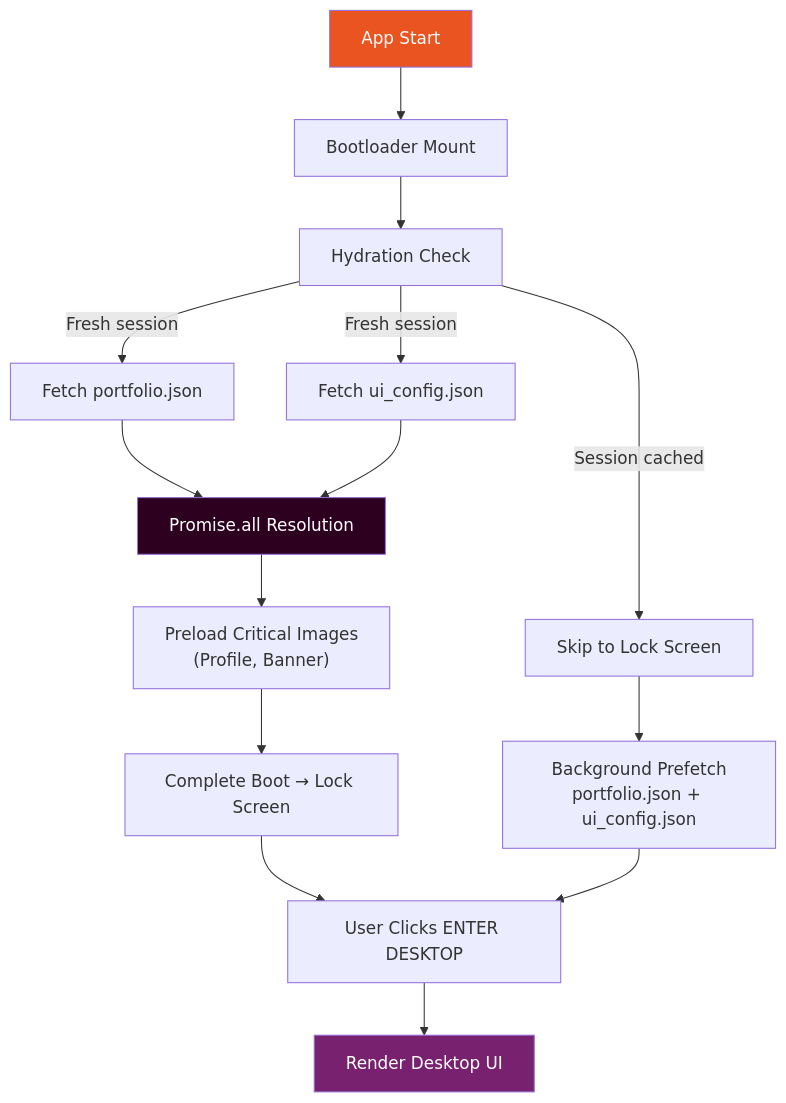
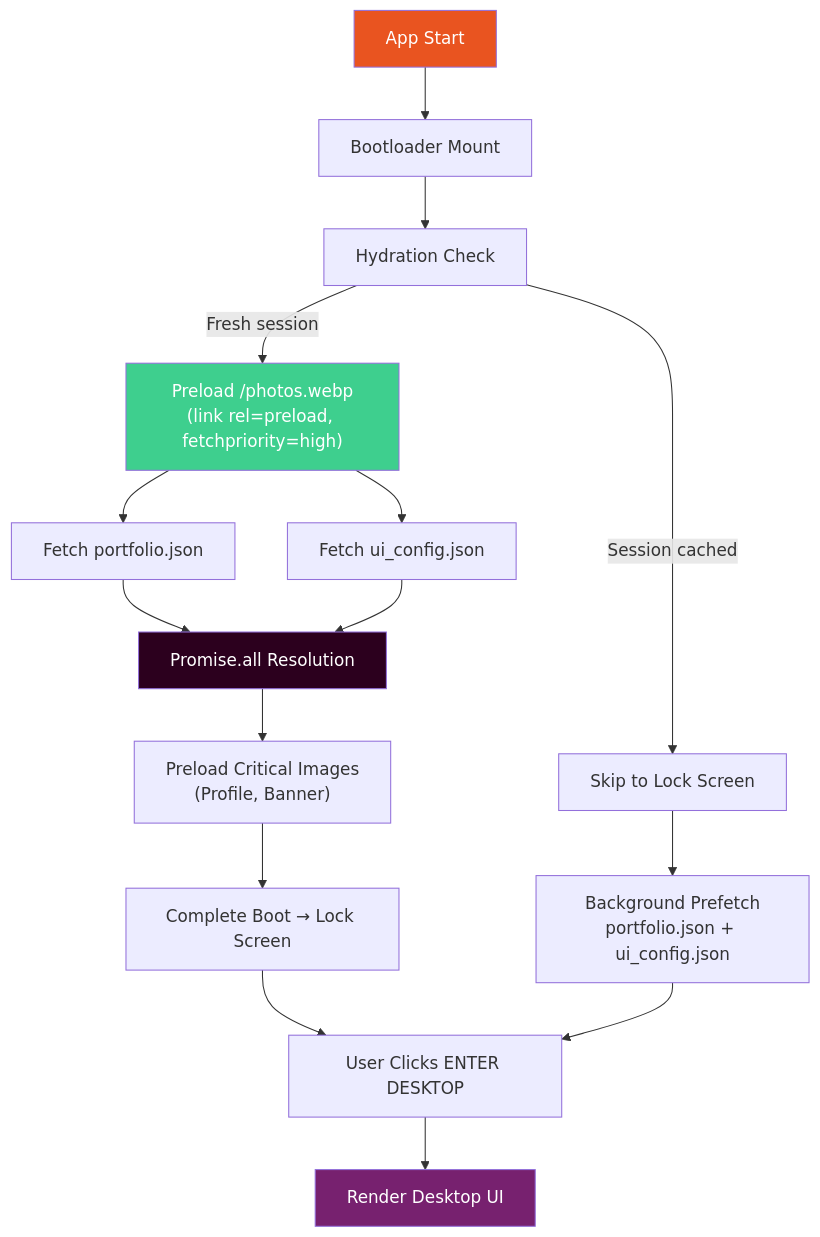
The second of 7 diagrams in README.md (bhargava562/my-portfolio), drawn with Mermaid before and after one commit. The commit also changed other lines of this file and 8 other files, not shown here.

````diff
--- a/README.md
+++ b/README.md
@@ -77,20 +79,22 @@
 ```mermaid
 flowchart TD
     A["App Start"] --> B["Bootloader Mount"]
     B --> C["Hydration Check"]
     C -->|Session cached| D["Skip to Lock Screen"]
-    C -->|Fresh session| E["Fetch portfolio.json"]
-    C -->|Fresh session| F["Fetch ui_config.json"]
+    C -->|Fresh session| P["Preload /photos.webp\n(link rel=preload, fetchpriority=high)"]
+    P --> E["Fetch portfolio.json"]
+    P --> F["Fetch ui_config.json"]
     E --> G["Promise.all Resolution"]
     F --> G
     G --> H["Preload Critical Images\n(Profile, Banner)"]
     H --> I["Complete Boot → Lock Screen"]
     D --> J["Background Prefetch\nportfolio.json + ui_config.json"]
     I --> K["User Clicks ENTER DESKTOP"]
     J --> K
     K --> L["Render Desktop UI"]
 
     style A fill:#E95420,color:#fff
     style L fill:#77216F,color:#fff
     style G fill:#2C001E,color:#fff
+    style P fill:#3ECF8E,color:#fff
 ```
````
